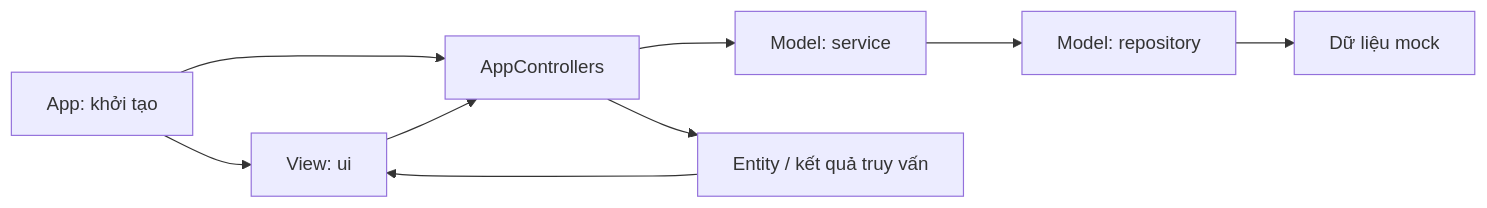
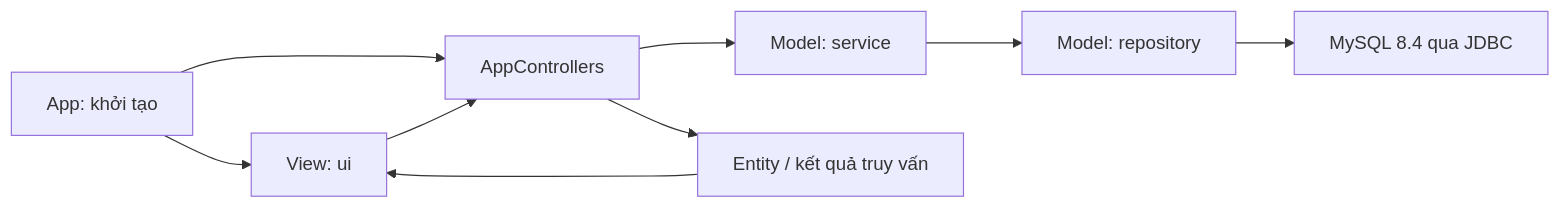
The diagram in docs/ARCHITECTURE.md (dinhdeptrai05/CN_JAVA), drawn with Mermaid before and after one commit. The commit also changed other lines of this file and 99 other files, not shown here.

````diff
--- a/docs/ARCHITECTURE.md
+++ b/docs/ARCHITECTURE.md
@@ -9,11 +9,11 @@
 ```mermaid
 flowchart LR
     A[App: khởi tạo] --> V[View: ui]
     A --> C[AppControllers]
     V --> C
     C --> S[Model: service]
     S --> R[Model: repository]
-    R --> D[Dữ liệu mock]
+    R --> D[MySQL 8.4 qua JDBC]
     C --> E[Entity / kết quả truy vấn]
     E --> V
 ```
````
